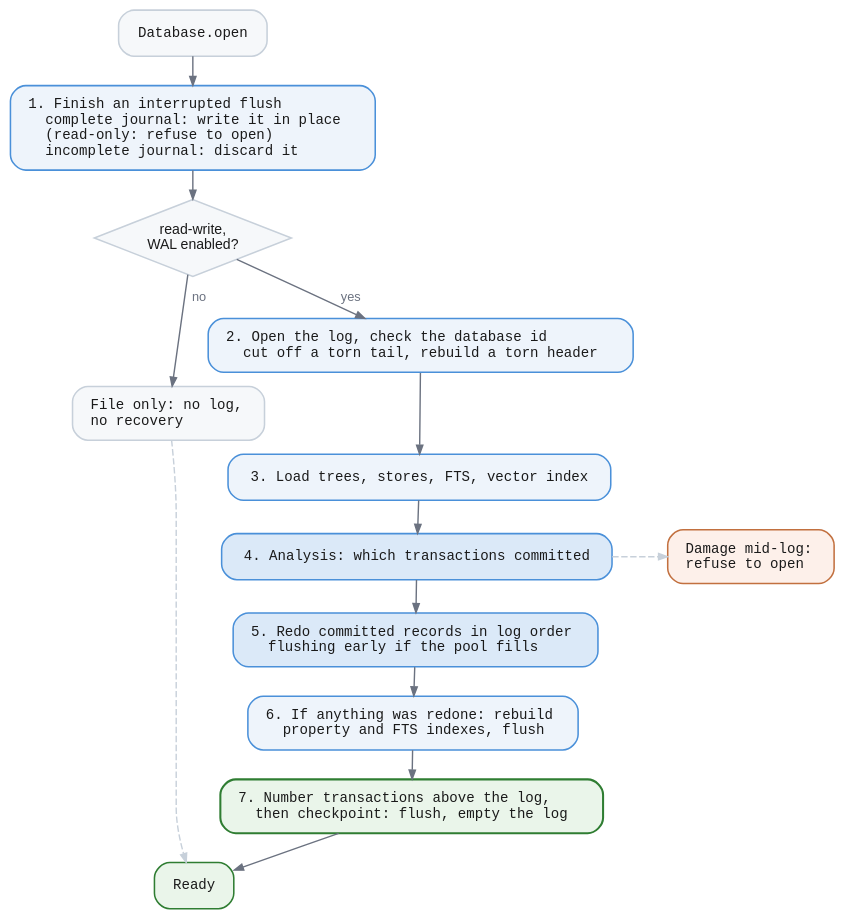
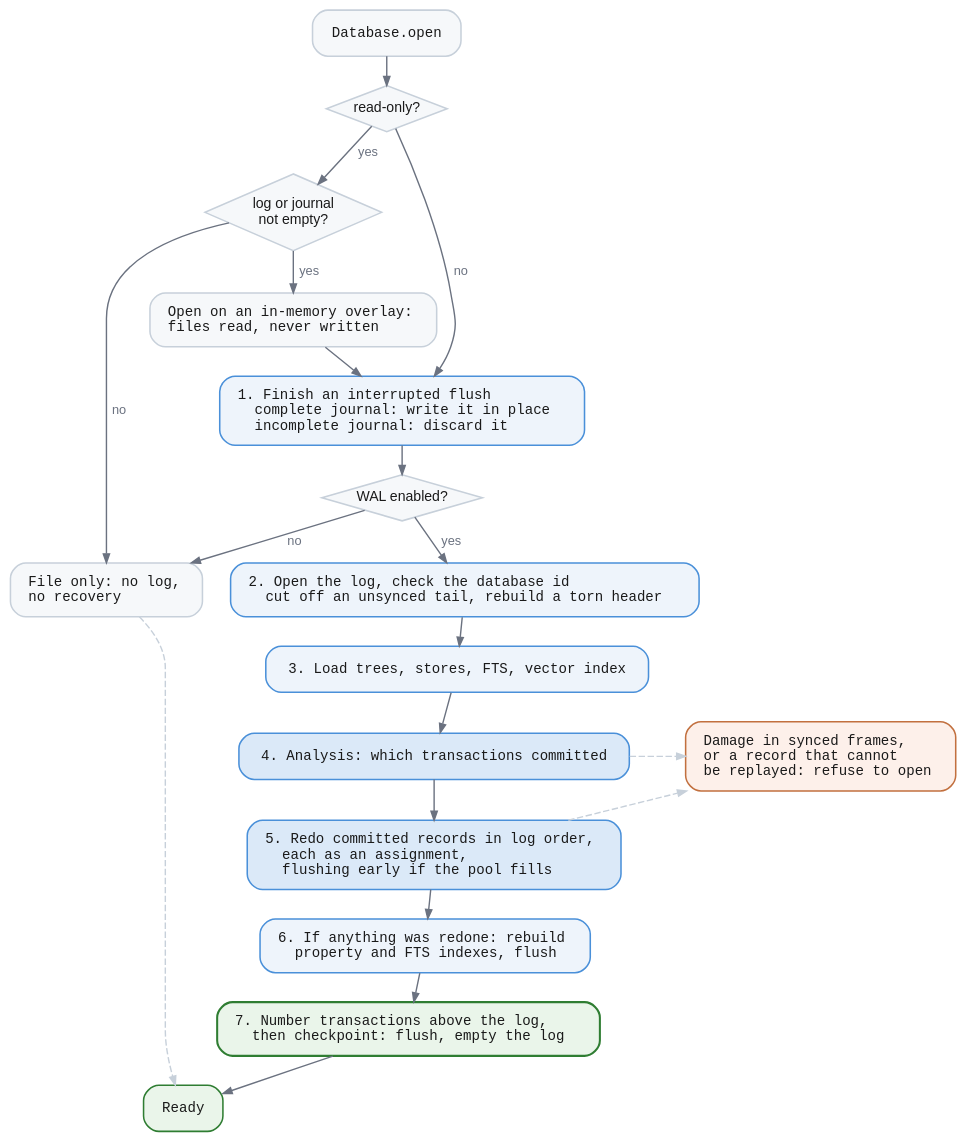
One commit to jeffhajewski/latticedb changed the diagram in book/diagrams/recovery-open.dot. Above: the diagram before and after it, drawn with Graphviz. The commit also changed 3 other files, not shown here.

Commit message:
Describe log format 3, exact replay and read-only recovery in the log and recovery pages

```diff
--- a/book/diagrams/recovery-open.dot
+++ b/book/diagrams/recovery-open.dot
@@ -1,42 +1,59 @@
-// What Database.open does about a crash, in order. Only a read-write open
-// with the WAL enabled reads the log. A complete journal is applied first, and
-// a read-only open that finds one refuses rather than write the file.
+// What Database.open does about a crash, in order. A read-only open of a
+// database whose log or journal is not empty runs the same recovery on an
+// in-memory overlay of the files, so nothing reaches the disk; with an empty
+// log and no journal it reads the file as it is. Damage in synced log frames,
+// or a committed record that cannot be replayed, refuses the open.
 digraph recovery_open {
   bgcolor="transparent"
   rankdir=TB
   nodesep=0.3
   ranksep=0.3
   fontname="Helvetica,Arial,sans-serif"
   node [shape=box style="filled,rounded" fillcolor="#eef4fb" color="#4a90d9"
         penwidth=1.2 fontname="Menlo,Consolas,monospace" fontsize=11
         fontcolor="#1a1a1a" margin="0.2,0.12"]
   edge [color="#6b7280" penwidth=1.1 arrowsize=0.7
         fontname="Helvetica,Arial,sans-serif" fontsize=10 fontcolor="#6b7280"]
 
   start   [label="Database.open" fillcolor="#f6f8fa" color="#c7d0da"]
-  journal [label="1. Finish an interrupted flush\l   complete journal: write it in place\l   (read-only: refuse to open)\l   incomplete journal: discard it\l"]
+  rogate  [shape=diamond style="filled" fillcolor="#f6f8fa" color="#c7d0da"
+           label="read-only?" fontname="Helvetica,Arial,sans-serif"
+           fontsize=11 margin="0.04,0.04"]
+  pending [shape=diamond style="filled" fillcolor="#f6f8fa" color="#c7d0da"
+           label="log or journal\nnot empty?" fontname="Helvetica,Arial,sans-serif"
+           fontsize=11 margin="0.04,0.04"]
+  overlay [label="Open on an in-memory overlay:\lfiles read, never written\l"
+           fillcolor="#f6f8fa" color="#c7d0da"]
+  journal [label="1. Finish an interrupted flush\l   complete journal: write it in place\l   incomplete journal: discard it\l"]
   gate    [shape=diamond style="filled" fillcolor="#f6f8fa" color="#c7d0da"
-           label="read-write,\nWAL enabled?" fontname="Helvetica,Arial,sans-serif"
+           label="WAL enabled?" fontname="Helvetica,Arial,sans-serif"
            fontsize=11 margin="0.04,0.04"]
   ro      [label="File only: no log,\lno recovery\l" fillcolor="#f6f8fa" color="#c7d0da"]
-  wal     [label="2. Open the log, check the database id\l   cut off a torn tail, rebuild a torn header\l"]
+  wal     [label="2. Open the log, check the database id\l   cut off an unsynced tail, rebuild a torn header\l"]
   load    [label="3. Load trees, stores, FTS, vector index"]
   analyse [label="4. Analysis: which transactions committed"
            fillcolor="#dbe9f8"]
-  refuse  [label="Damage mid-log:\lrefuse to open\l" fillcolor="#fdf0ea" color="#c2703f"]
-  redo    [label="5. Redo committed records in log order\l   flushing early if the pool fills\l"
+  refuse  [label="Damage in synced frames,\lor a record that cannot\lbe replayed: refuse to open\l" fillcolor="#fdf0ea" color="#c2703f"]
+  redo    [label="5. Redo committed records in log order,\l   each as an assignment,\l   flushing early if the pool fills\l"
            fillcolor="#dbe9f8"]
   rebuild [label="6. If anything was redone: rebuild\l   property and FTS indexes, flush\l"]
   ckpt    [label="7. Number transactions above the log,\l   then checkpoint: flush, empty the log\l"
            fillcolor="#eaf5ea" color="#2f7d32" penwidth=1.6]
   ready   [label="Ready" fillcolor="#eaf5ea" color="#2f7d32"]
 
-  start -> journal -> gate
+  start -> rogate
+  rogate -> journal [label="  no"]
+  rogate -> pending [label="  yes"]
+  pending -> overlay [label="  yes"]
+  pending -> ro [label="  no"]
+  overlay -> journal
+  journal -> gate
   gate -> ro [label="  no"]
   gate -> wal [label="  yes"]
   wal -> load -> analyse -> redo -> rebuild -> ckpt -> ready
   analyse -> refuse [style=dashed color="#c7d0da"]
+  redo -> refuse [style=dashed color="#c7d0da"]
   ro -> ready [style=dashed color="#c7d0da"]
 
   { rank=same; analyse; refuse }
 }
```
